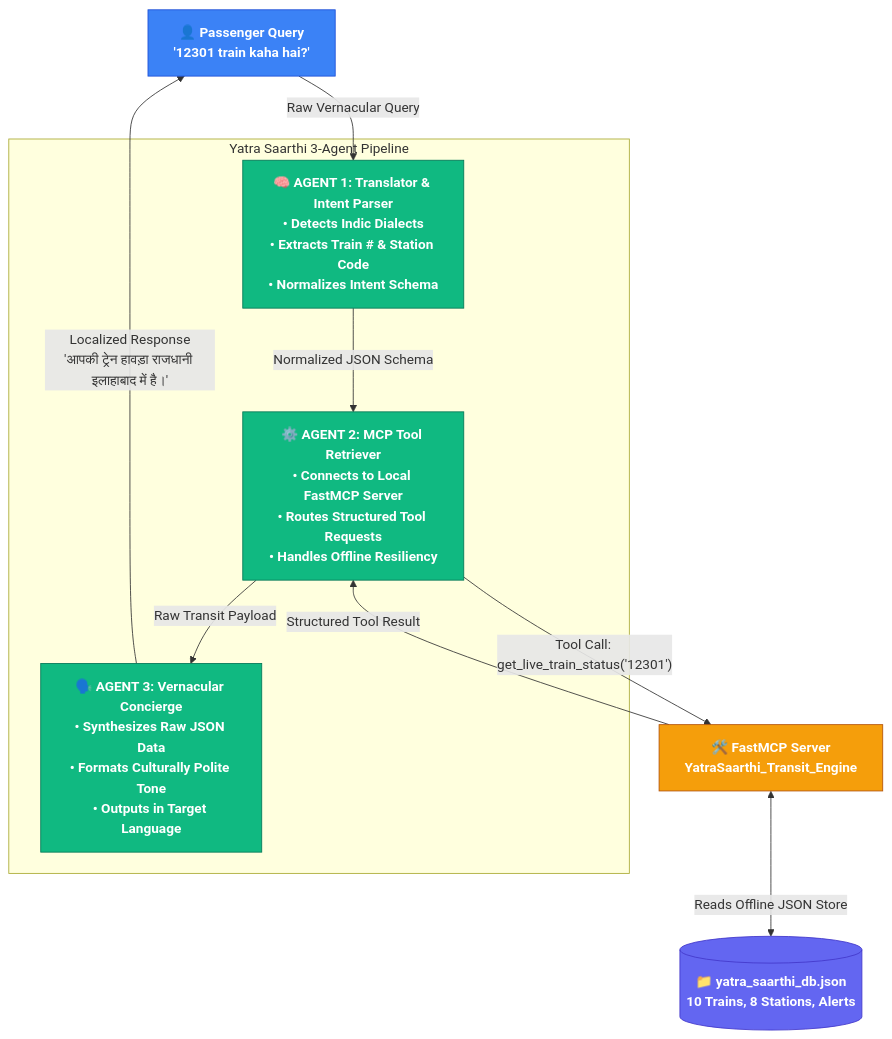
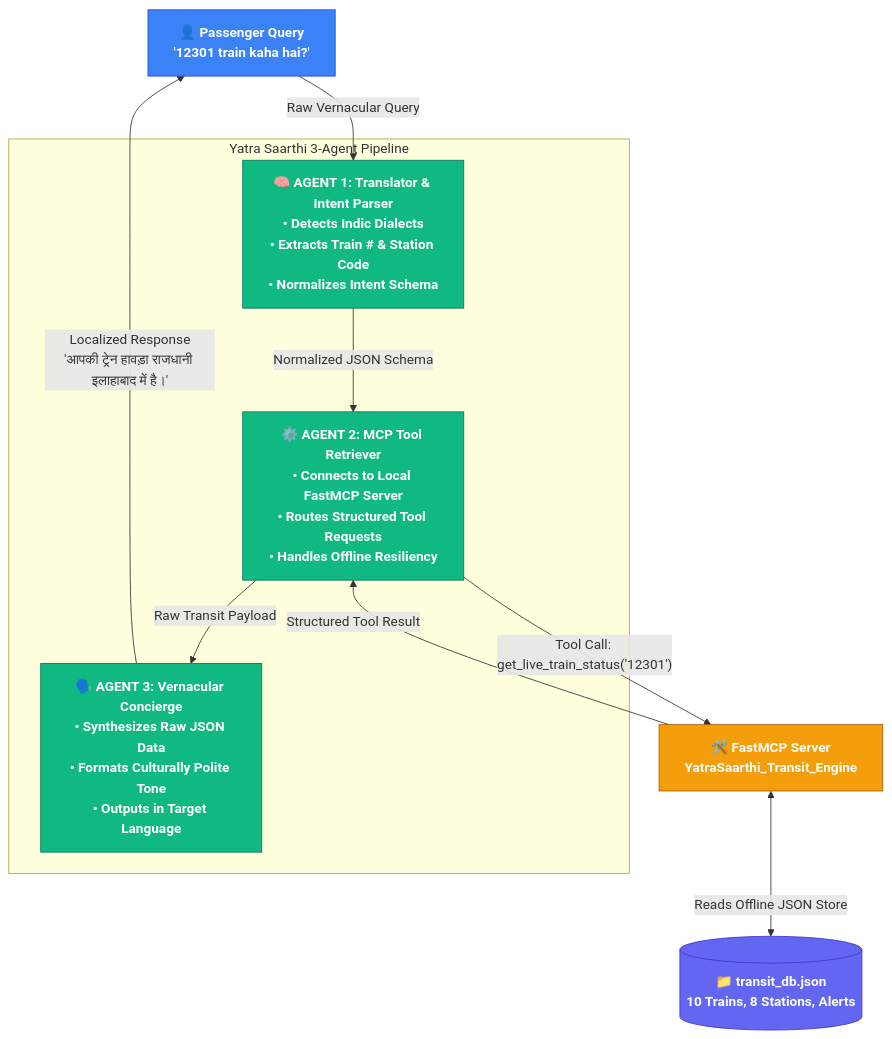
One commit to RitikaJain8818/YatraSaarthi changed the diagram in README.md. Above: the diagram before and after it, drawn with Mermaid. The commit also changed other lines of this file and 7 other files, not shown here.

Commit message:
Refactor: Eliminate redundant stuttering naming conventions (rename root files to agent.py, mcp_server.py, and transit_db.json)

````diff
--- a/README.md
+++ b/README.md
@@ -42,27 +42,27 @@
 ```mermaid
 graph TD
     classDef user fill:#3B82F6,stroke:#1D4ED8,color:#fff,font-weight:bold;
     classDef agent fill:#10B981,stroke:#047857,color:#fff,font-weight:bold;
     classDef mcp fill:#F59E0B,stroke:#B45309,color:#fff,font-weight:bold;
     classDef db fill:#6366F1,stroke:#4338CA,color:#fff,font-weight:bold;
 
     U["👤 Passenger Query<br>'12301 train kaha hai?'"] -->|Raw Vernacular Query| A1
 
     subgraph Orchestration Engine ["Yatra Saarthi 3-Agent Pipeline"]
         A1["🧠 AGENT 1: Translator & Intent Parser<br>• Detects Indic Dialects<br>• Extracts Train # & Station Code<br>• Normalizes Intent Schema"]
         A2["⚙️ AGENT 2: MCP Tool Retriever<br>• Connects to Local FastMCP Server<br>• Routes Structured Tool Requests<br>• Handles Offline Resiliency"]
         A3["🗣️ AGENT 3: Vernacular Concierge<br>• Synthesizes Raw JSON Data<br>• Formats Culturally Polite Tone<br>• Outputs in Target Language"]
     end
 
     A1 -->|Normalized JSON Schema| A2
     A2 -->|"Tool Call: get_live_train_status('12301')"| M["🛠️ FastMCP Server<br>YatraSaarthi_Transit_Engine"]
-    M <-->|Reads Offline JSON Store| DB[("📁 yatra_saarthi_db.json<br>10 Trains, 8 Stations, Alerts")]
+    M <-->|Reads Offline JSON Store| DB[("📁 transit_db.json<br>10 Trains, 8 Stations, Alerts")]
     M -->|Structured Tool Result| A2
     A2 -->|Raw Transit Payload| A3
     A3 -->|"Localized Response<br>'आपकी ट्रेन हावड़ा राजधानी इलाहाबाद में है।'"| U
 
     class U user;
     class A1,A2,A3 agent;
     class M mcp;
     class DB db;
 ```
````
